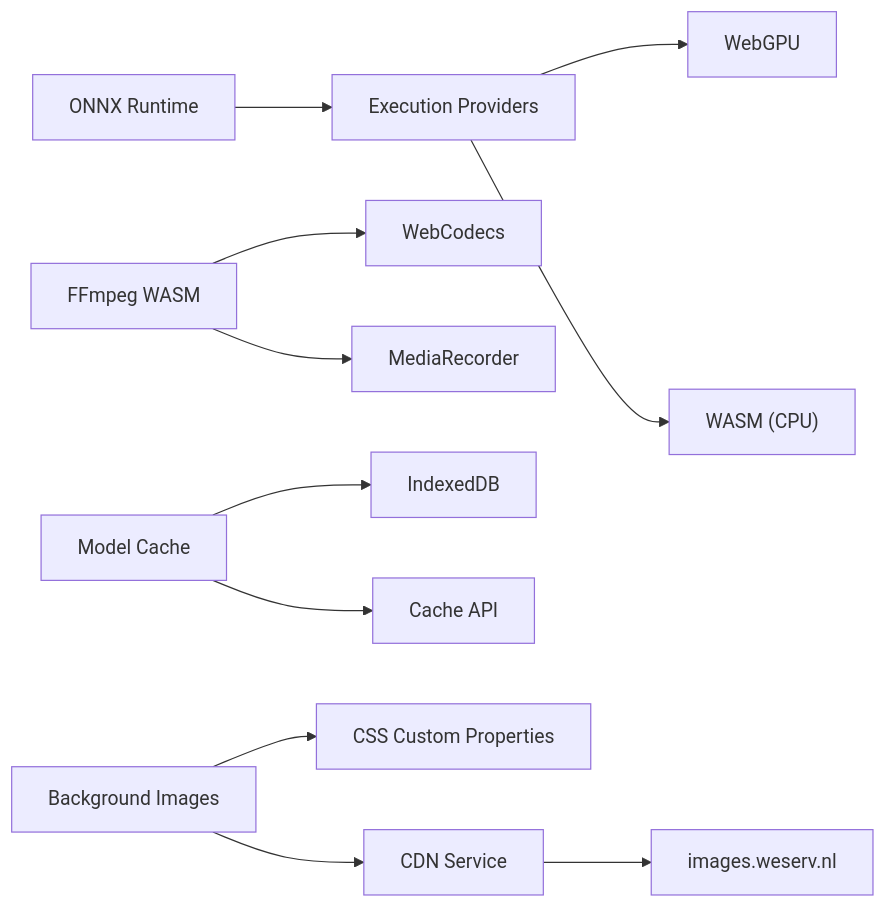
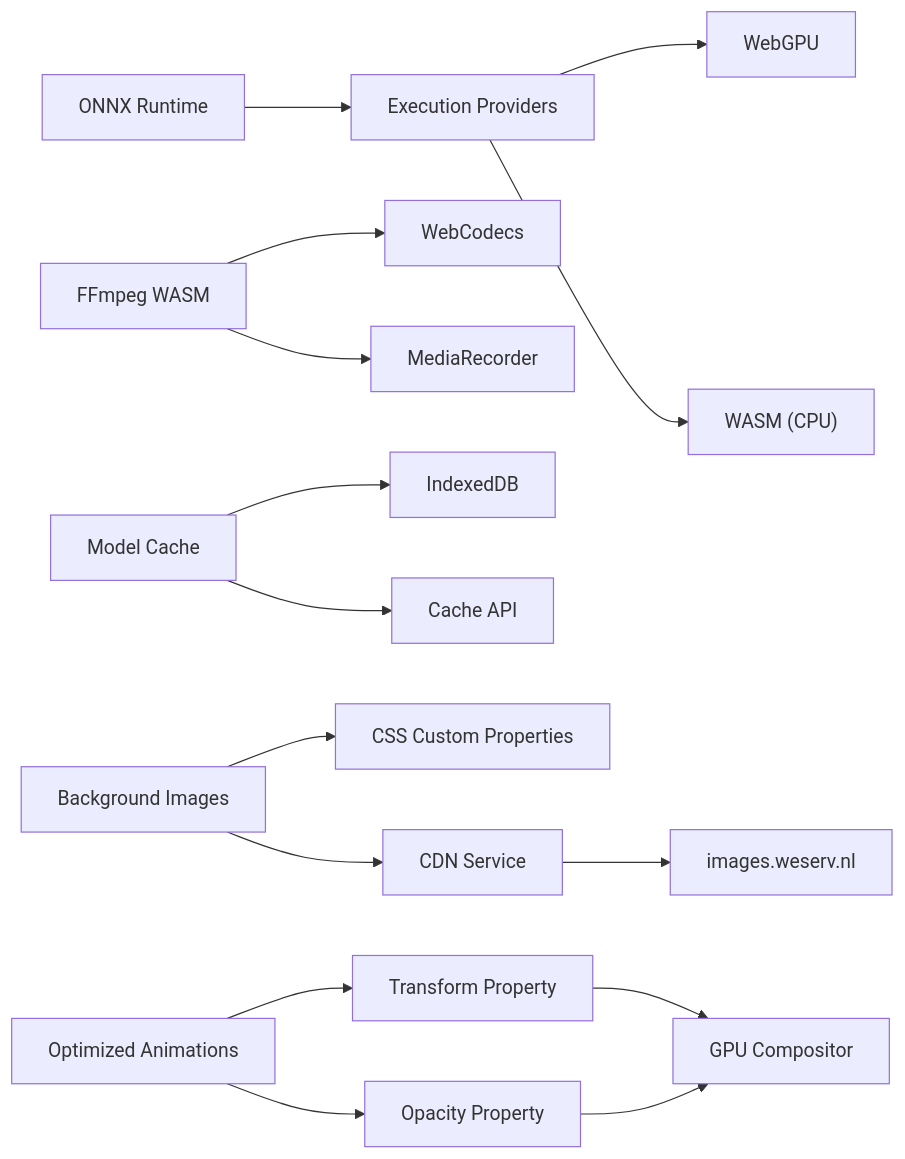
One commit to treasureGrove/TAWEBTOOL changed the eighth of 8 diagrams in .qoder/repowiki/en/content/Technical Implementation/Performance Optimization.md. Above: the diagram before and after it, drawn with Mermaid. The commit also changed other lines of this file and 101 other files, not shown here.

````diff
--- a/.qoder/repowiki/en/content/Technical Implementation/Performance Optimization.md
+++ b/.qoder/repowiki/en/content/Technical Implementation/Performance Optimization.md
@@ -356,13 +607,17 @@
 ```mermaid
 graph LR
 ORT["ONNX Runtime"] --> EP["Execution Providers"]
 EP --> WEBGPU["WebGPU"]
 EP --> WASM["WASM (CPU)"]
 FF["FFmpeg WASM"] --> WC["WebCodecs"]
 FF --> MR["MediaRecorder"]
 Cache["Model Cache"] --> IDB["IndexedDB"]
 Cache --> CA["Cache API"]
 BG["Background Images"] --> CSS_VAR["CSS Custom Properties"]
 BG --> CDN["CDN Service"]
 CDN --> WESERV["images.weserv.nl"]
+ANIM["Optimized Animations"] --> TRANSFORM["Transform Property"]
+ANIM --> OPACITY["Opacity Property"]
+TRANSFORM --> GPU["GPU Compositor"]
+OPACITY --> GPU
 ```
````
